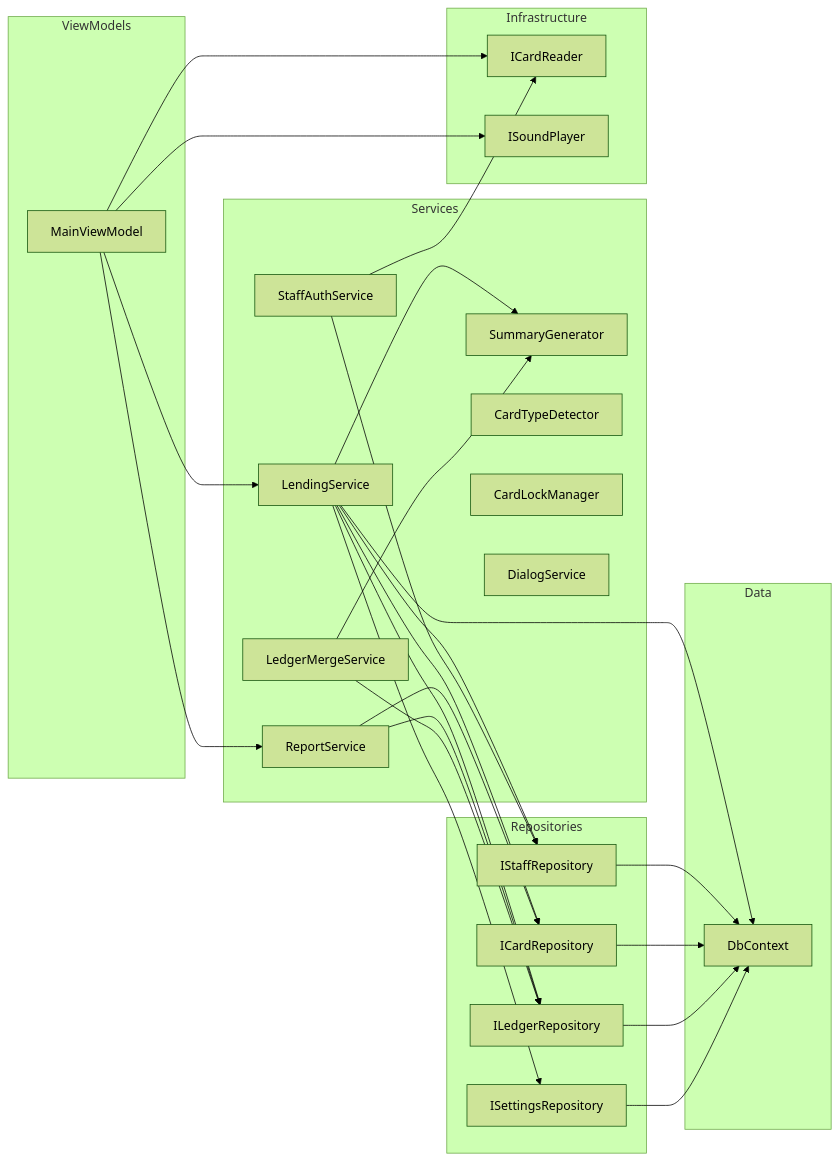
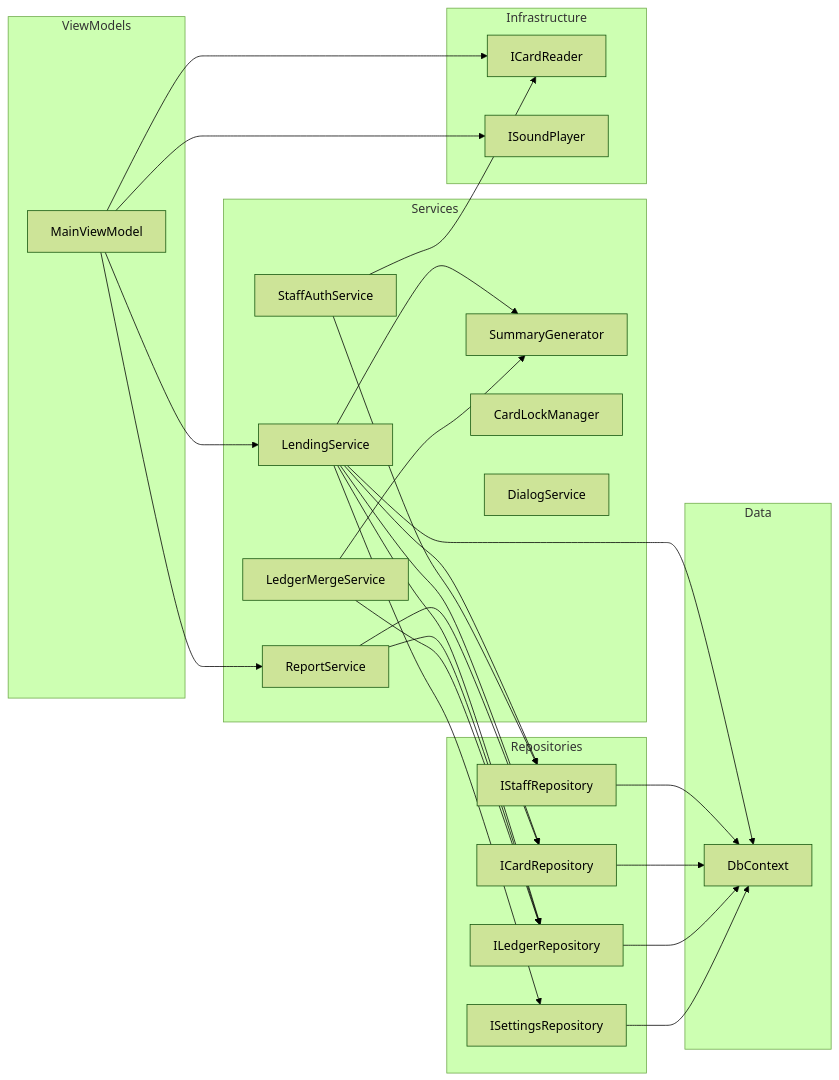
Before and after one commit to kuwayamamasayuki/ICCardManager: the third of 37 diagrams in ICCardManager/docs/design/05_クラス設計書.md, drawn with Mermaid (forest theme). The commit also changed other lines of this file and 6 other files, not shown here.

````diff
--- a/ICCardManager/docs/design/05_クラス設計書.md
+++ b/ICCardManager/docs/design/05_クラス設計書.md
@@ -250,58 +250,57 @@
 ```mermaid
 graph LR
     subgraph "ViewModels"
         MVM[MainViewModel]
     end
 
     subgraph "Services"
         LS[LendingService]
         RS[ReportService]
         SG[SummaryGenerator]
-        CD[CardTypeDetector]
         LMS[LedgerMergeService]
         CLM[CardLockManager]
         SAS[StaffAuthService]
         DS[DialogService]
     end
 
     subgraph "Repositories"
         SR[IStaffRepository]
         CR[ICardRepository]
         LR[ILedgerRepository]
         STR[ISettingsRepository]
     end
 
     subgraph "Infrastructure"
         ICR[ICardReader]
         ISP[ISoundPlayer]
     end
 
     subgraph "Data"
         DBC[DbContext]
     end
 
     MVM --> LS
     MVM --> RS
     MVM --> ICR
     MVM --> ISP
 
     LS --> SR
     LS --> CR
     LS --> LR
     LS --> STR
     LS --> SG
     LS --> DBC
 
     RS --> CR
     RS --> LR
 
     LMS --> LR
     LMS --> SG
     SAS --> SR
     SAS --> ICR
 
     SR --> DBC
     CR --> DBC
     LR --> DBC
     STR --> DBC
 ```
````
